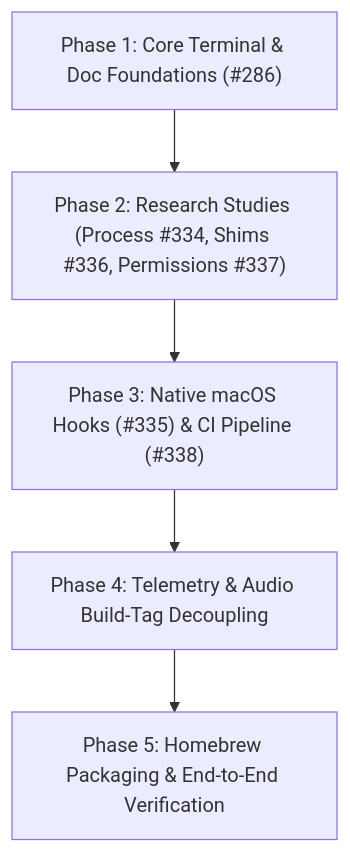
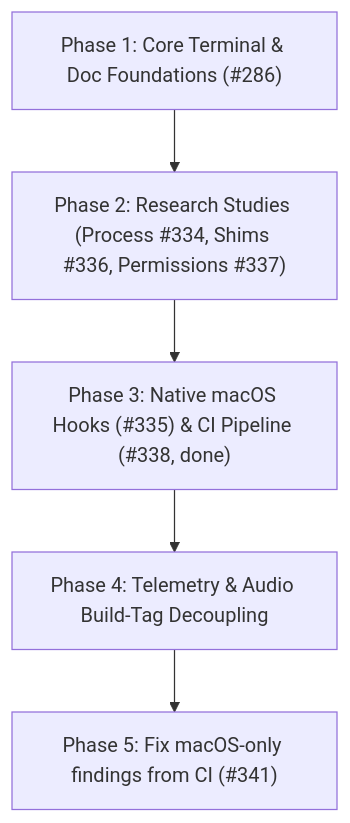
The diagram in docs/MacOSPortability.md (ubunatic/harnez), drawn with Mermaid before and after one commit. The commit also changed other lines of this file and 4 other files, not shown here.

````diff
--- a/docs/MacOSPortability.md
+++ b/docs/MacOSPortability.md
@@ -61,7 +83,7 @@
 ```mermaid
 flowchart TD
     A["Phase 1: Core Terminal & Doc Foundations (#286)"] --> B["Phase 2: Research Studies (Process #334, Shims #336, Permissions #337)"]
-    B --> C["Phase 3: Native macOS Hooks (#335) & CI Pipeline (#338)"]
+    B --> C["Phase 3: Native macOS Hooks (#335) & CI Pipeline (#338, done)"]
     C --> D["Phase 4: Telemetry & Audio Build-Tag Decoupling"]
-    D --> E["Phase 5: Homebrew Packaging & End-to-End Verification"]
+    D --> E["Phase 5: Fix macOS-only findings from CI (#341)"]
 ```
````
